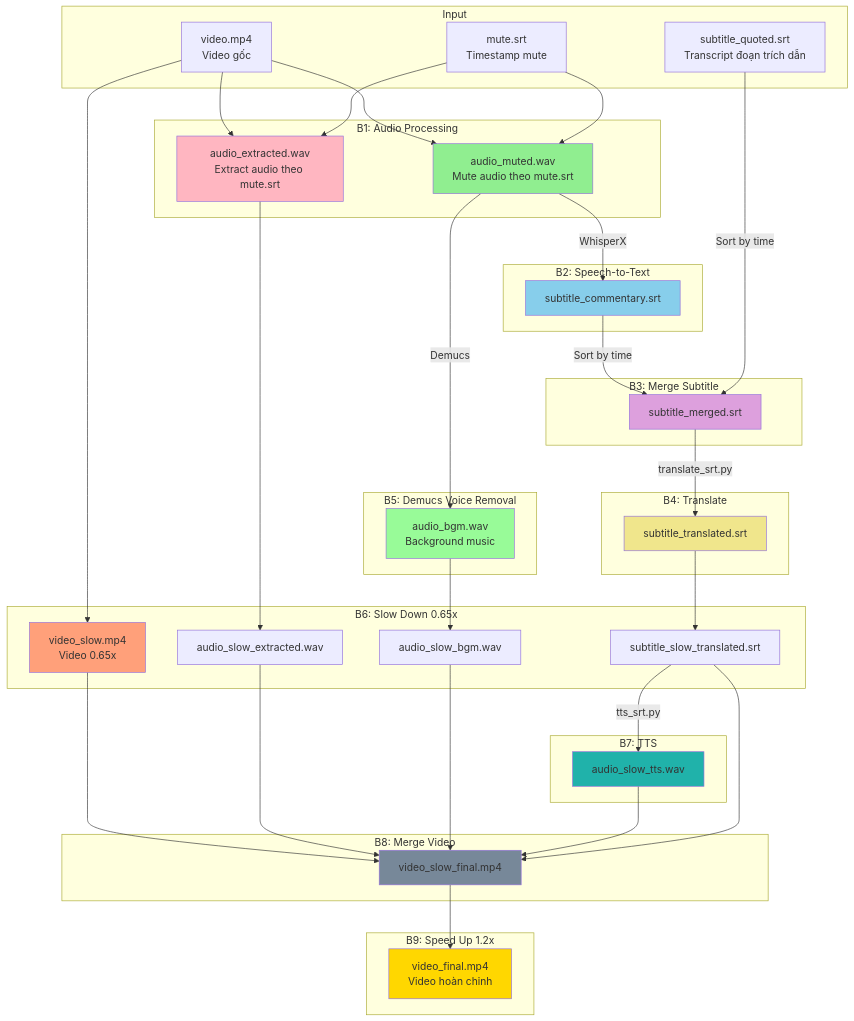
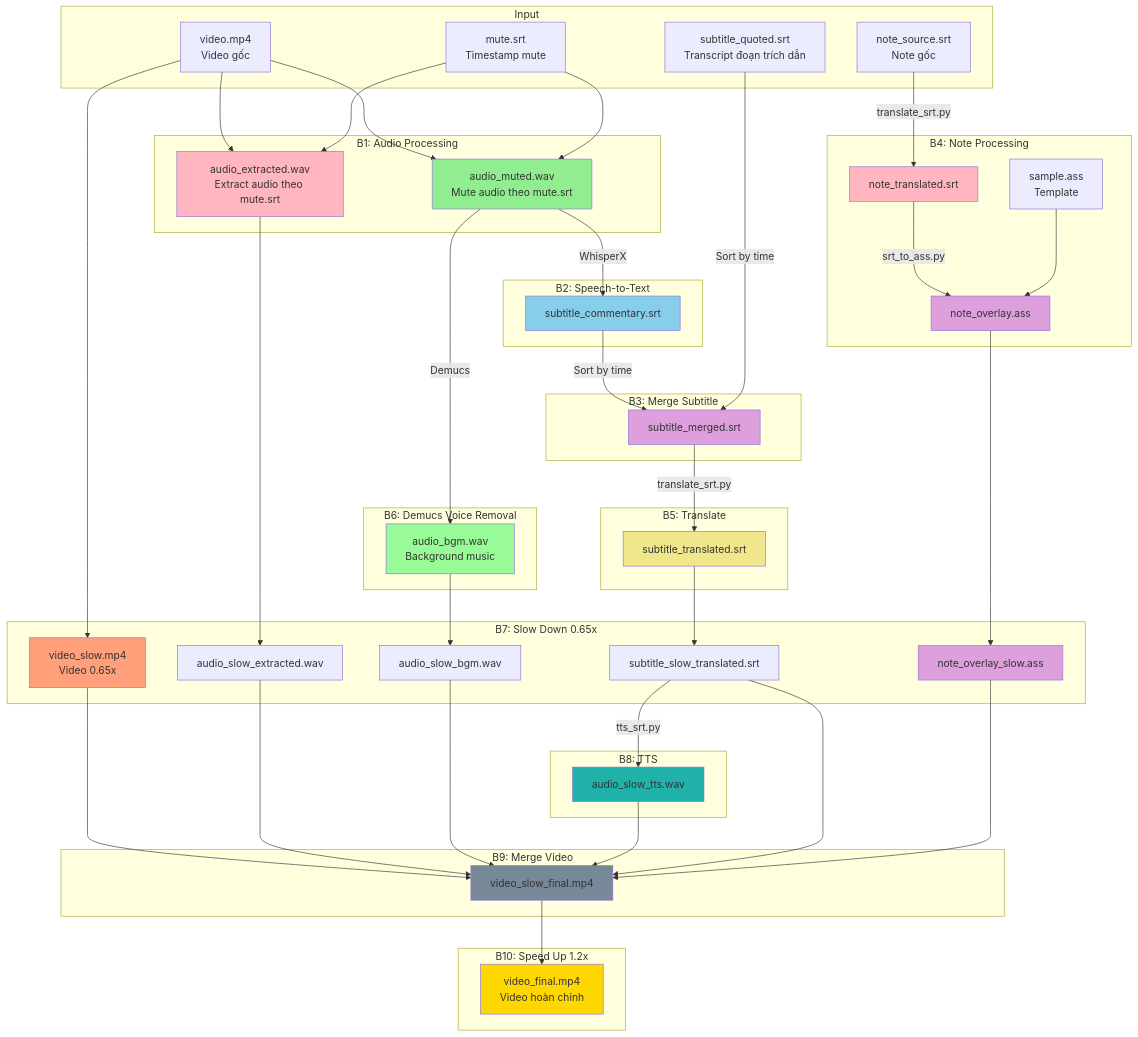
The second of 3 diagrams in docs/workflow.md (ThanhVoKim/CharenjiZukan), drawn with Mermaid before and after one commit. The commit also changed other lines of this file and 10 other files, not shown here.

Commit message:
Tạo module SRT to ASS - Chuyển đổi subtitle sang ASS format

````diff
--- a/docs/workflow.md
+++ b/docs/workflow.md
@@ -46,66 +50,78 @@
 ```mermaid
 flowchart TB
     subgraph Input
         V[video.mp4<br>Video gốc]
         MS[mute.srt<br>Timestamp mute]
         SQ[subtitle_quoted.srt<br>Transcript đoạn trích dẫn]
+        NS[note_source.srt<br>Note gốc]
     end
 
     subgraph "B1: Audio Processing"
         V --> AM[audio_muted.wav<br>Mute audio theo mute.srt]
         V --> AE[audio_extracted.wav<br>Extract audio theo mute.srt]
         MS --> AM
         MS --> AE
     end
 
     subgraph "B2: Speech-to-Text"
         AM --> |WhisperX| SC[subtitle_commentary.srt]
     end
 
     subgraph "B3: Merge Subtitle"
         SC --> |Sort by time| SMT[subtitle_merged.srt]
         SQ --> |Sort by time| SMT
     end
 
-    subgraph "B4: Translate"
+    subgraph "B4: Note Processing"
+        NS --> |translate_srt.py| NT[note_translated.srt]
+        NT --> |srt_to_ass.py| NO[note_overlay.ass]
+        TMP[sample.ass<br>Template] --> NO
+    end
+
+    subgraph "B5: Translate"
         SMT --> |translate_srt.py| ST[subtitle_translated.srt]
     end
 
-    subgraph "B5: Demucs Voice Removal"
+    subgraph "B6: Demucs Voice Removal"
         AM --> |Demucs| AB[audio_bgm.wav<br>Background music]
     end
 
-    subgraph "B6: Slow Down 0.65x"
+    subgraph "B7: Slow Down 0.65x"
         V --> VS[video_slow.mp4<br>Video 0.65x]
         AE --> AES[audio_slow_extracted.wav]
         AB --> ABS[audio_slow_bgm.wav]
         ST --> STS[subtitle_slow_translated.srt]
+        NO --> NOS[note_overlay_slow.ass]
     end
 
-    subgraph "B7: TTS"
+    subgraph "B8: TTS"
         STS --> |tts_srt.py| AT[audio_slow_tts.wav]
     end
 
-    subgraph "B8: Merge Video"
+    subgraph "B9: Merge Video"
         VS --> VSF[video_slow_final.mp4]
         AES --> VSF
         ABS --> VSF
         AT --> VSF
         STS --> VSF
+        NOS --> VSF
     end
 
-    subgraph "B9: Speed Up 1.2x"
+    subgraph "B10: Speed Up 1.2x"
         VSF --> VF[video_final.mp4<br>Video hoàn chỉnh]
     end
 
     style AM fill:#90EE90
     style AE fill:#FFB6C1
     style SC fill:#87CEEB
     style SMT fill:#DDA0DD
+    style NT fill:#FFB6C1
+    style NO fill:#DDA0DD
     style ST fill:#F0E68C
     style AB fill:#98FB98
     style VS fill:#FFA07A
+    style NOS fill:#DDA0DD
     style AT fill:#20B2AA
     style VSF fill:#778899
     style VF fill:#FFD700
 ```
````
